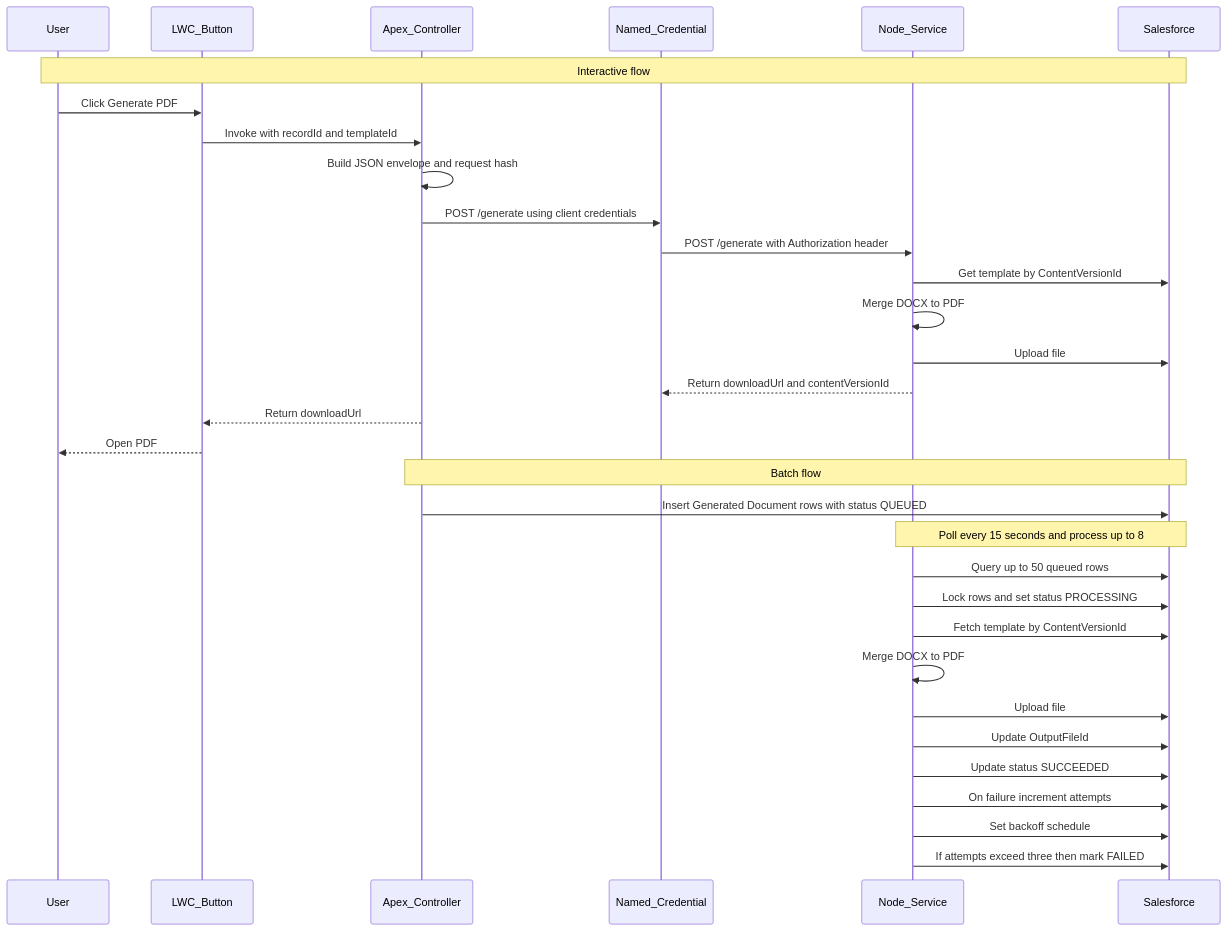
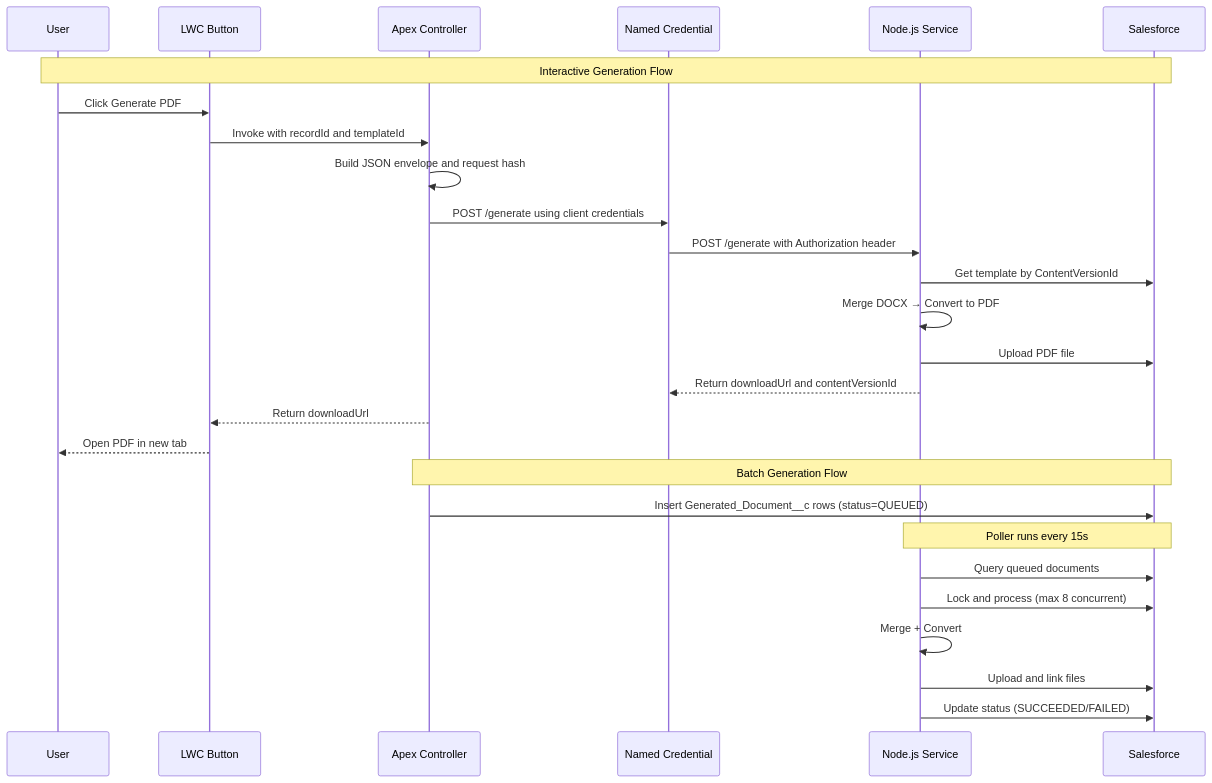
The diagram in README.md (processity/docgen), drawn with Mermaid before and after one commit. The commit also changed other lines of this file and 13 other files, not shown here.

````diff
--- a/README.md
+++ b/README.md
@@ -16,36 +25,31 @@
 ```mermaid
 sequenceDiagram
   participant U as User
-  participant LWC as LWC_Button
-  participant APX as Apex_Controller
-  participant NC as Named_Credential
-  participant API as Node_Service
+  participant LWC as LWC Button
+  participant APX as Apex Controller
+  participant NC as Named Credential
+  participant API as Node.js Service
   participant SF as Salesforce
 
-  Note over U,SF: Interactive flow
+  Note over U,SF: Interactive Generation Flow
   U->>LWC: Click Generate PDF
   LWC->>APX: Invoke with recordId and templateId
   APX->>APX: Build JSON envelope and request hash
   APX->>NC: POST /generate using client credentials
   NC->>API: POST /generate with Authorization header
   API->>SF: Get template by ContentVersionId
-  API->>API: Merge DOCX to PDF
-  API->>SF: Upload file
+  API->>API: Merge DOCX → Convert to PDF
+  API->>SF: Upload PDF file
   API-->>NC: Return downloadUrl and contentVersionId
   APX-->>LWC: Return downloadUrl
-  LWC-->>U: Open PDF
+  LWC-->>U: Open PDF in new tab
 
-  Note over APX,SF: Batch flow
-  APX->>SF: Insert Generated Document rows with status QUEUED
-  Note over API,SF: Poll every 15 seconds and process up to 8
-  API->>SF: Query up to 50 queued rows
-  API->>SF: Lock rows and set status PROCESSING
-  API->>SF: Fetch template by ContentVersionId
-  API->>API: Merge DOCX to PDF
-  API->>SF: Upload file
-  API->>SF: Update OutputFileId
-  API->>SF: Update status SUCCEEDED
-  API->>SF: On failure increment attempts
-  API->>SF: Set backoff schedule
-  API->>SF: If attempts exceed three then mark FAILED
+  Note over APX,SF: Batch Generation Flow
+  APX->>SF: Insert Generated_Document__c rows (status=QUEUED)
+  Note over API,SF: Poller runs every 15s
+  API->>SF: Query queued documents
+  API->>SF: Lock and process (max 8 concurrent)
+  API->>API: Merge + Convert
+  API->>SF: Upload and link files
+  API->>SF: Update status (SUCCEEDED/FAILED)
 ```
````
